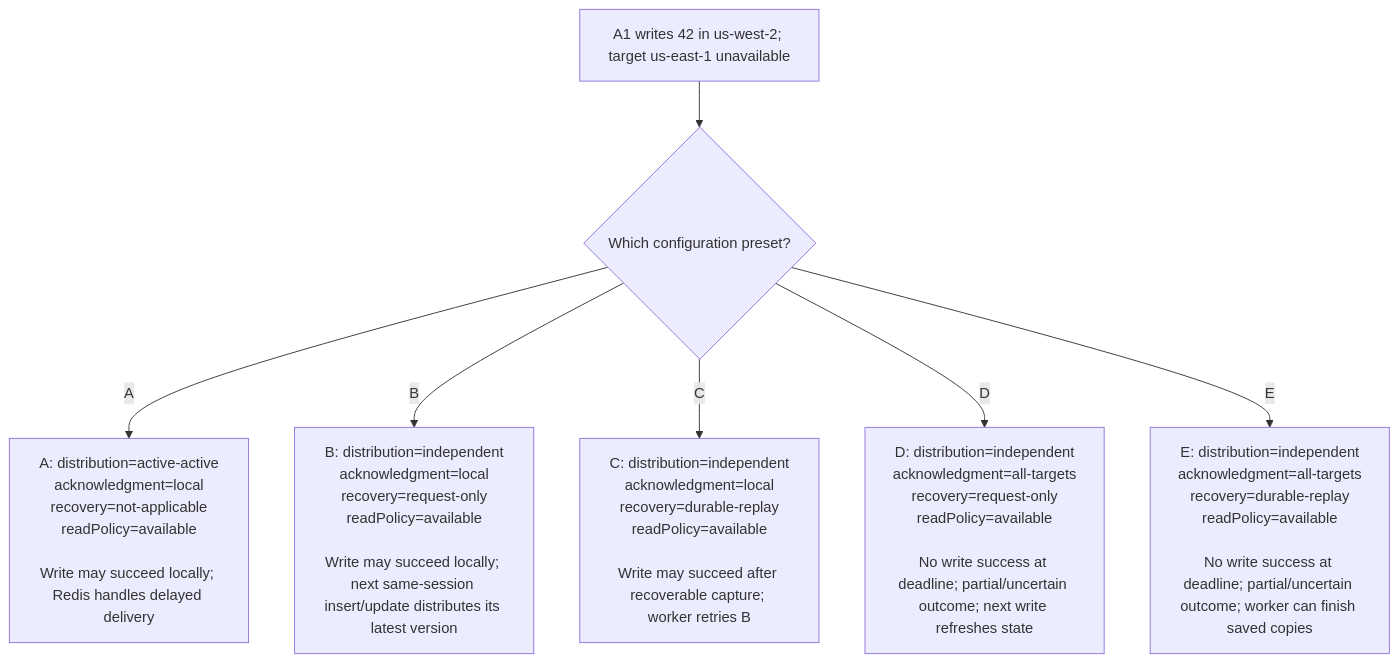
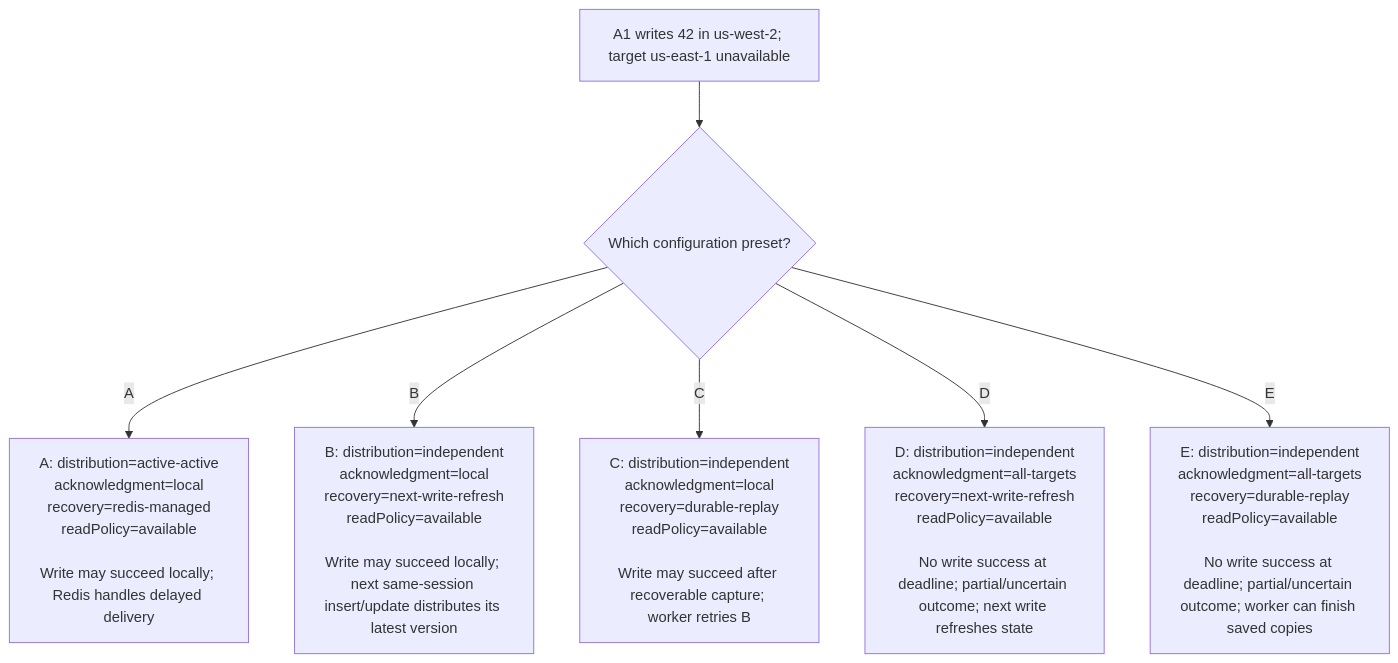
One commit to alberttwong/redis-multi-region-adapter changed the third of 4 diagrams in decisions.md. Above: the diagram before and after it, drawn with Mermaid. The commit also changed other lines of this file and 13 other files, not shown here.

Commit message:
Default independent recovery to next-write refresh

````diff
--- a/decisions.md
+++ b/decisions.md
@@ -67,9 +67,9 @@
 ```mermaid
 flowchart TD
     Write["A1 writes 42 in us-west-2; target us-east-1 unavailable"] --> Preset{"Which configuration preset?"}
-    Preset -->|A| A["A: distribution=active-active<br/>acknowledgment=local<br/>recovery=not-applicable<br/>readPolicy=available<br/><br/>Write may succeed locally; Redis handles delayed delivery"]
-    Preset -->|B| B["B: distribution=independent<br/>acknowledgment=local<br/>recovery=request-only<br/>readPolicy=available<br/><br/>Write may succeed locally; next same-session insert/update distributes its latest version"]
+    Preset -->|A| A["A: distribution=active-active<br/>acknowledgment=local<br/>recovery=redis-managed<br/>readPolicy=available<br/><br/>Write may succeed locally; Redis handles delayed delivery"]
+    Preset -->|B| B["B: distribution=independent<br/>acknowledgment=local<br/>recovery=next-write-refresh<br/>readPolicy=available<br/><br/>Write may succeed locally; next same-session insert/update distributes its latest version"]
     Preset -->|C| C["C: distribution=independent<br/>acknowledgment=local<br/>recovery=durable-replay<br/>readPolicy=available<br/><br/>Write may succeed after recoverable capture; worker retries B"]
-    Preset -->|D| D["D: distribution=independent<br/>acknowledgment=all-targets<br/>recovery=request-only<br/>readPolicy=available<br/><br/>No write success at deadline; partial/uncertain outcome; next write refreshes state"]
+    Preset -->|D| D["D: distribution=independent<br/>acknowledgment=all-targets<br/>recovery=next-write-refresh<br/>readPolicy=available<br/><br/>No write success at deadline; partial/uncertain outcome; next write refreshes state"]
     Preset -->|E| E["E: distribution=independent<br/>acknowledgment=all-targets<br/>recovery=durable-replay<br/>readPolicy=available<br/><br/>No write success at deadline; partial/uncertain outcome; worker can finish saved copies"]
 ```
````
